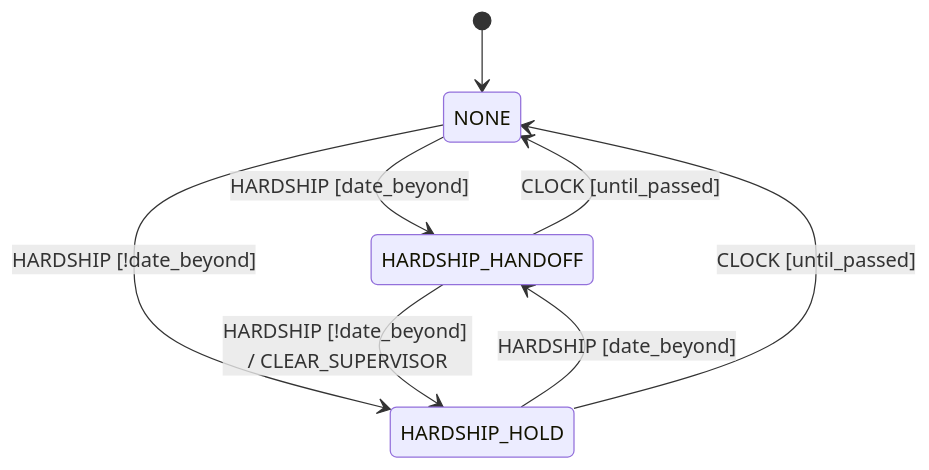
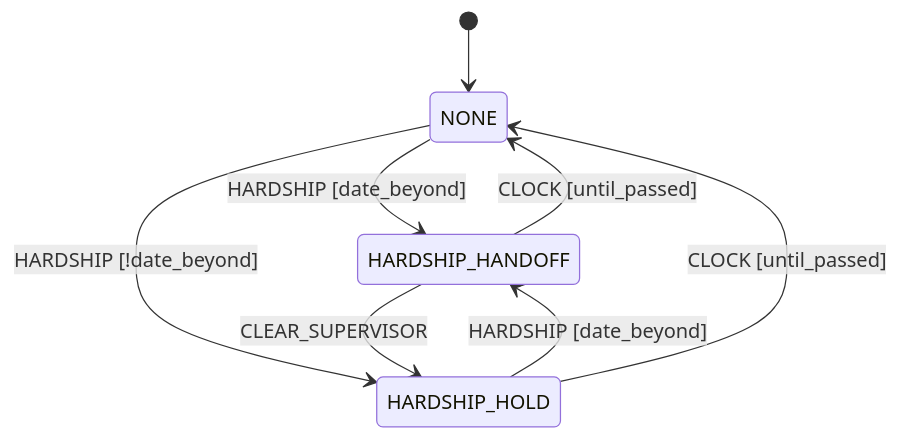
One commit to dripston/kairos changed the ninth of 25 diagrams in STATES.md. Above: the diagram before and after it, drawn with Mermaid. The commit also changed other lines of this file and 4 other files, not shown here.

````diff
--- a/STATES.md
+++ b/STATES.md
@@ -683,10 +687,10 @@
 ```mermaid
 stateDiagram-v2
     [*] --> NONE
     NONE --> HARDSHIP_HANDOFF : HARDSHIP [date_beyond]
     NONE --> HARDSHIP_HOLD : HARDSHIP [!date_beyond]
     HARDSHIP_HOLD --> HARDSHIP_HANDOFF : HARDSHIP [date_beyond]
-    HARDSHIP_HANDOFF --> HARDSHIP_HOLD : HARDSHIP [!date_beyond] / CLEAR_SUPERVISOR
     HARDSHIP_HOLD --> NONE : CLOCK [until_passed]
     HARDSHIP_HANDOFF --> NONE : CLOCK [until_passed]
+    HARDSHIP_HANDOFF --> HARDSHIP_HOLD : CLEAR_SUPERVISOR
 ```
````
